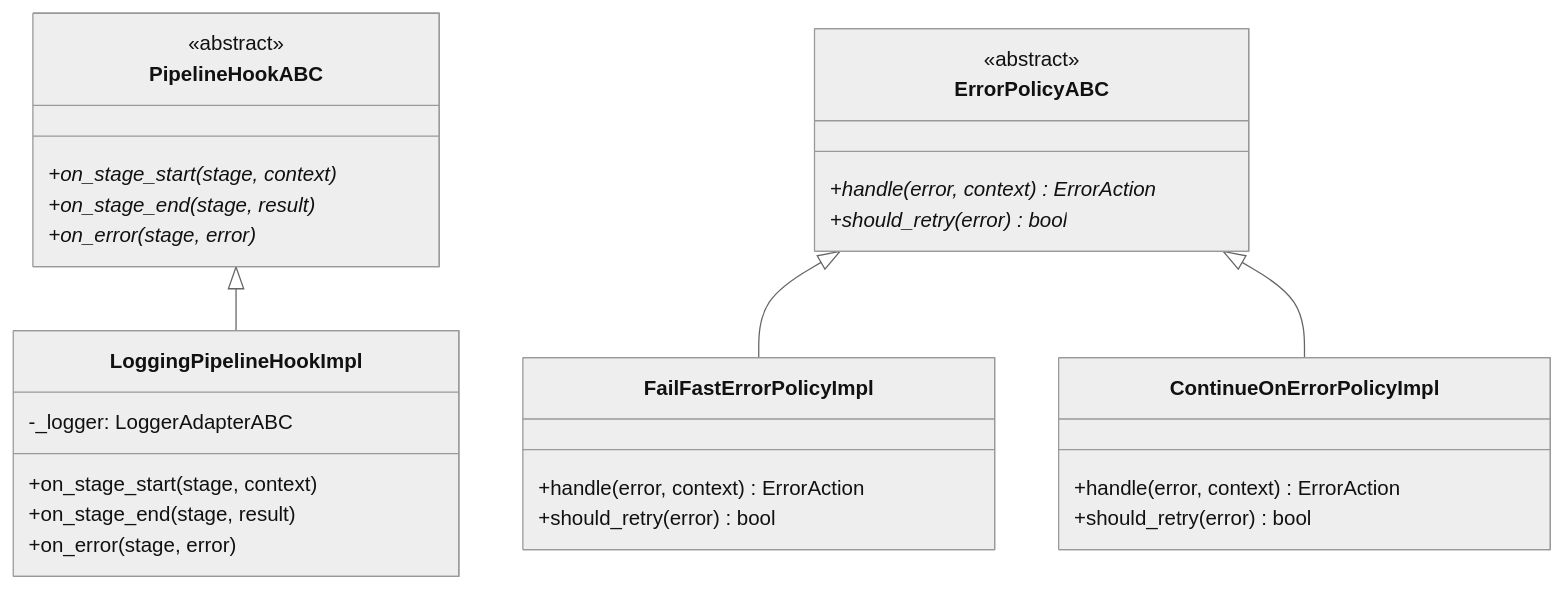
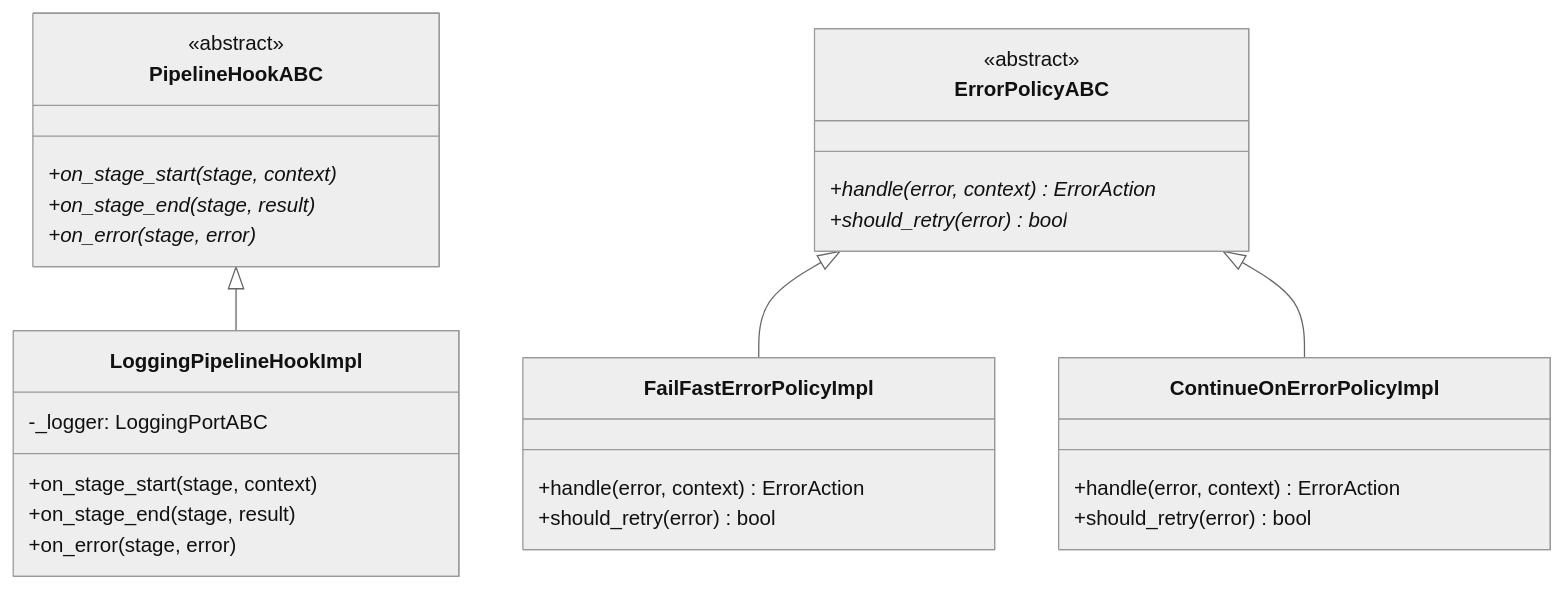
The fourth of 10 diagrams in docs/architecture/13-class-diagrams-application.md (SatoryKono/BioactivityDataAcquisition), drawn with Mermaid (neutral theme) before and after one commit. The commit also changed other lines of this file and 24 other files, not shown here.

````diff
--- a/docs/architecture/13-class-diagrams-application.md
+++ b/docs/architecture/13-class-diagrams-application.md
@@ -121,36 +121,36 @@
 ```mermaid
 classDiagram
     class PipelineHookABC {
         <<abstract>>
         +on_stage_start(stage, context)*
         +on_stage_end(stage, result)*
         +on_error(stage, error)*
     }
 
     class LoggingPipelineHookImpl {
-        -_logger: LoggerAdapterABC
+        -_logger: LoggingPortABC
         +on_stage_start(stage, context)
         +on_stage_end(stage, result)
         +on_error(stage, error)
     }
 
     class ErrorPolicyABC {
         <<abstract>>
         +handle(error, context)* ErrorAction
         +should_retry(error)* bool
     }
 
     class FailFastErrorPolicyImpl {
         +handle(error, context) ErrorAction
         +should_retry(error) bool
     }
 
     class ContinueOnErrorPolicyImpl {
         +handle(error, context) ErrorAction
         +should_retry(error) bool
     }
 
     PipelineHookABC <|-- LoggingPipelineHookImpl
     ErrorPolicyABC <|-- FailFastErrorPolicyImpl
     ErrorPolicyABC <|-- ContinueOnErrorPolicyImpl
 ```
````
